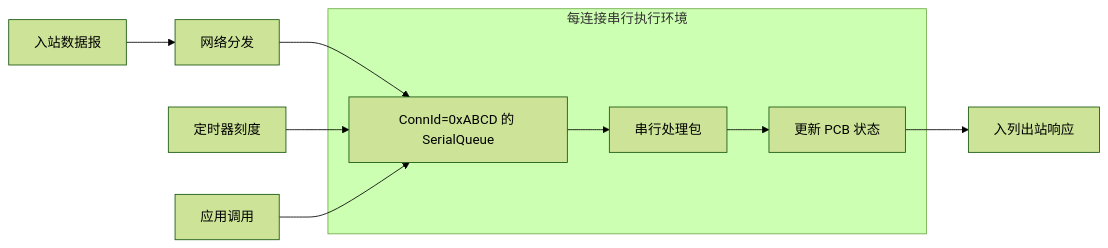
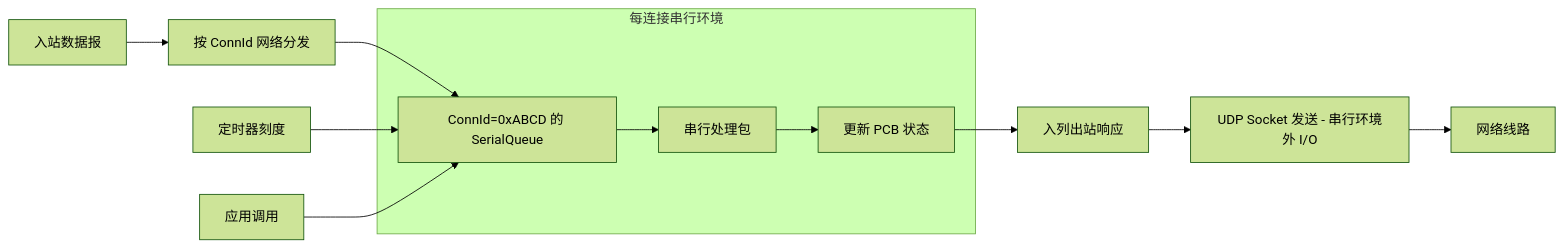
The fifth of 14 diagrams in docs/architecture_CN.md (liulilittle/ucp), drawn with Mermaid (forest theme) before and after one commit. The commit also changed other lines of this file and 17 other files, not shown here.

````diff
--- a/docs/architecture_CN.md
+++ b/docs/architecture_CN.md
@@ -91,16 +180,19 @@
 ```mermaid
 flowchart LR
-    Inbound[入站数据报] --> Dispatch[网络分发]
+    Inbound[入站数据报] --> Dispatch[按 ConnId 网络分发]
     Dispatch --> SQ[ConnId=0xABCD 的 SerialQueue]
     SQ --> Process[串行处理包]
     Process --> State[更新 PCB 状态]
     State --> Outbound[入列出站响应]
     Timer[定时器刻度] --> SQ
     AppCall[应用调用] --> SQ
 
-    subgraph Strand[每连接串行执行环境]
+    subgraph Strand[每连接串行环境]
         SQ
         Process
         State
     end
+
+    Outbound --> Socket[UDP Socket 发送 - 串行环境外 I/O]
+    Socket --> Wire[网络线路]
 ```
````
